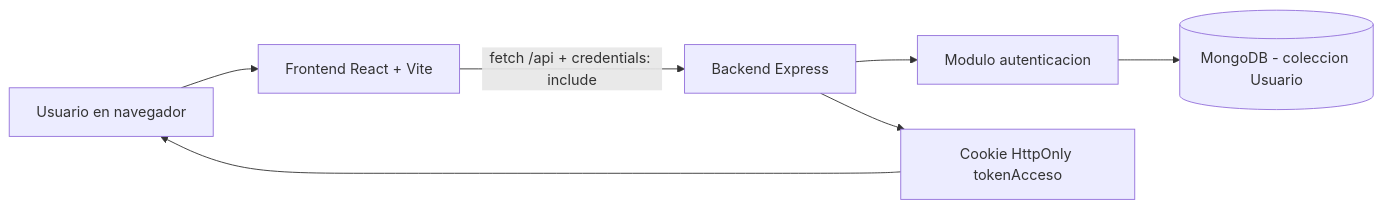
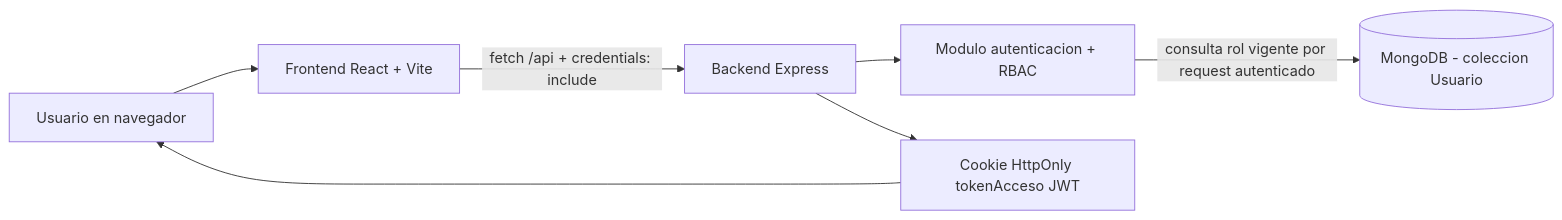
Before and after one commit to Dtcsrni/proyecto_MERN: the first of 7 diagrams in client/proyectos_vite/login-react-mern/docs/DIAGRAMAS_FUNCIONAMIENTO.md, drawn with Mermaid. The commit also changed other lines of this file and 14 other files, not shown here.

First line of the commit message:
Add diagrams for authentication flow and user management

````diff
--- a/client/proyectos_vite/login-react-mern/docs/DIAGRAMAS_FUNCIONAMIENTO.md
+++ b/client/proyectos_vite/login-react-mern/docs/DIAGRAMAS_FUNCIONAMIENTO.md
@@ -12,9 +12,9 @@
 ```mermaid
 flowchart LR
     U[Usuario en navegador] --> F[Frontend React + Vite]
     F -->|fetch /api + credentials: include| B[Backend Express]
-    B --> A[Modulo autenticacion]
-    A --> D[(MongoDB - coleccion Usuario)]
-    B --> C[Cookie HttpOnly tokenAcceso]
+    B --> A[Modulo autenticacion + RBAC]
+    A -->|consulta rol vigente por request autenticado| D[(MongoDB - coleccion Usuario)]
+    B --> C[Cookie HttpOnly tokenAcceso JWT]
     C --> U
 ```
````
